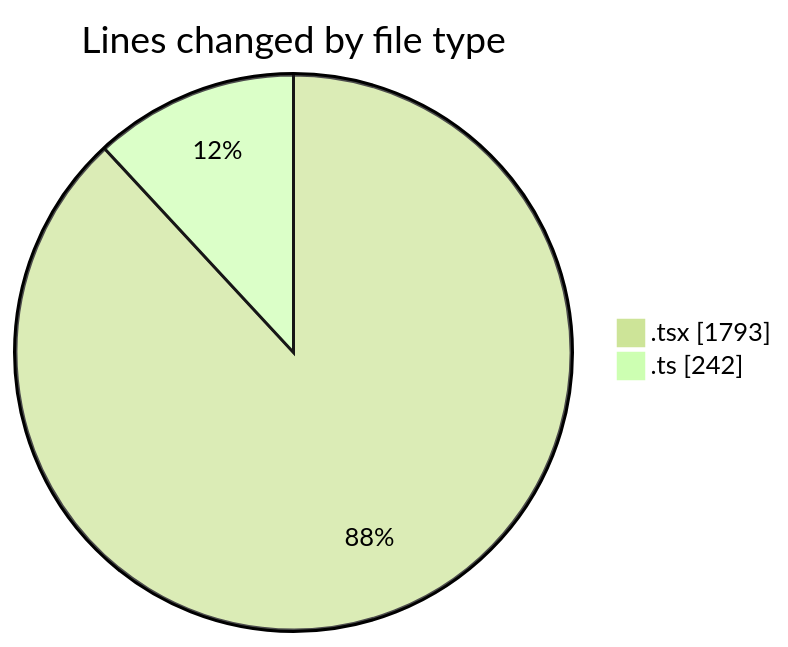
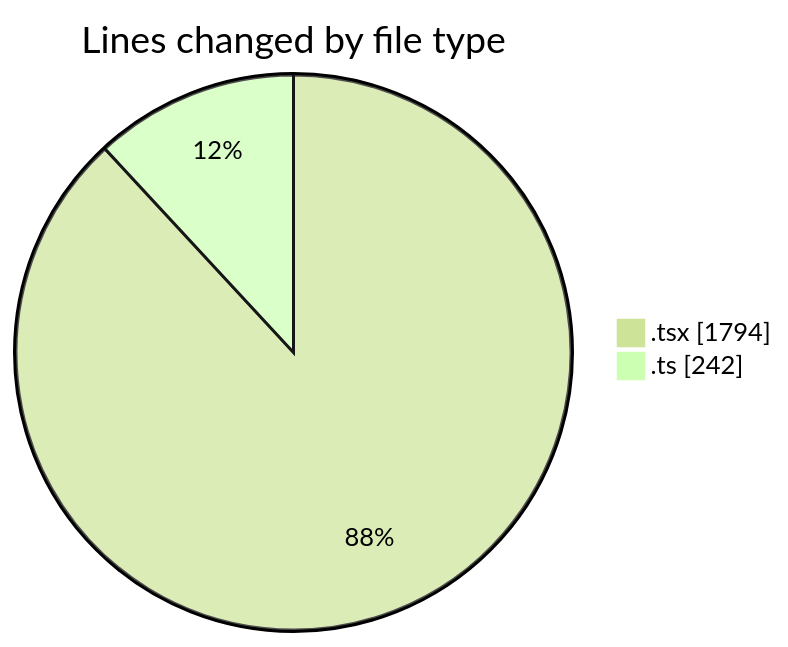
Before and after one commit to momahboobian/code-tracking: the first of 2 diagrams in 2025-09-15/cda/README.md, drawn with Mermaid (forest theme). The commit also changed other lines of this file and 1 other file, not shown here.

````diff
--- a/2025-09-15/cda/README.md
+++ b/2025-09-15/cda/README.md
@@ -24,6 +24,6 @@
 ```mermaid
 pie showData
 title Lines changed by file type
-".tsx" : 1793
+".tsx" : 1794
 ".ts" : 242
 ```
````
